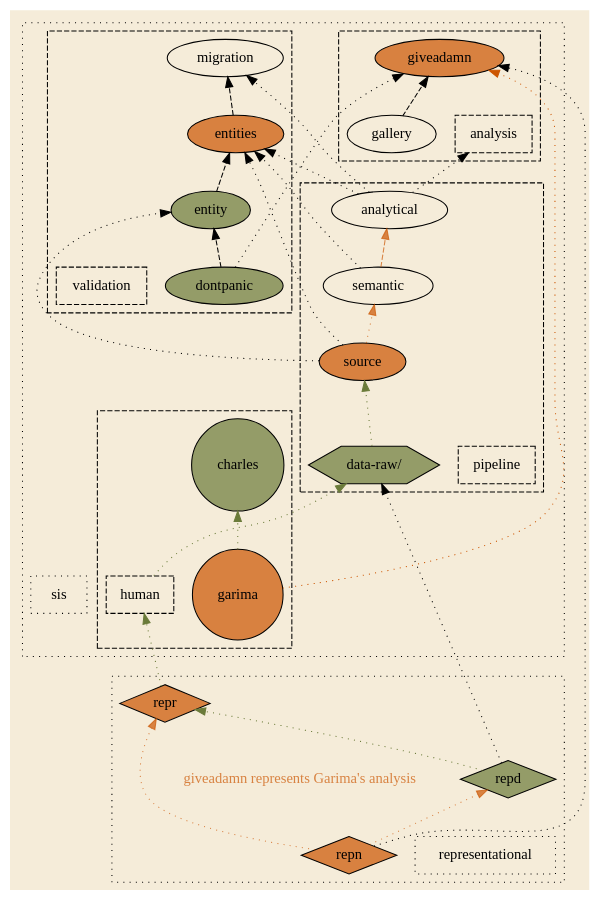
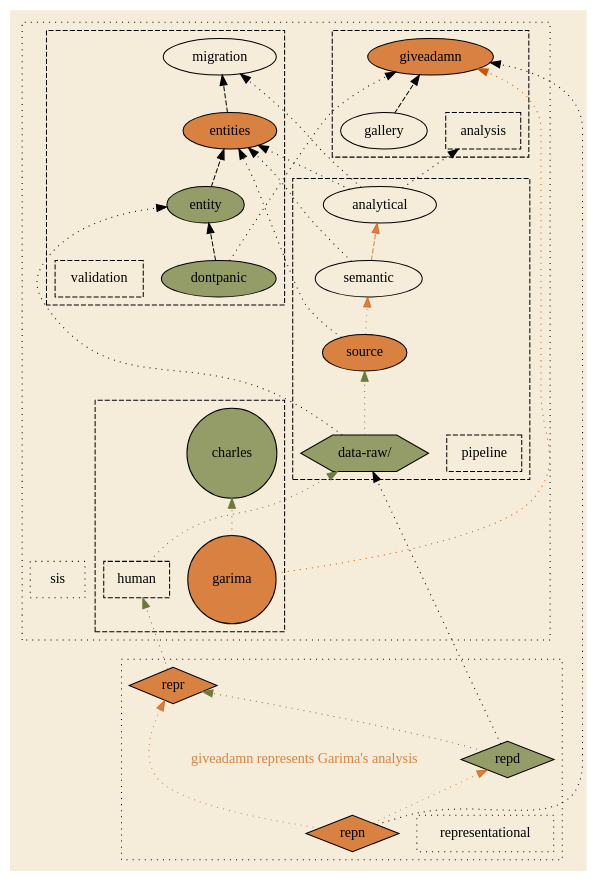
Before and after one commit to guptagarima1988/gg: the diagram in dot/file-structure.dot, drawn with Graphviz. The commit also changed 10 other files, not shown here.

```diff
--- a/dot/file-structure.dot
+++ b/dot/file-structure.dot
@@ -1,102 +1,102 @@
 digraph G {
     bgcolor="#F5ECD9"
     rankdir=BT
     edge [style=dotted]
     size="6,12"
 
     subgraph cluster_representational {
         rankdir=TB
         style=dotted
         node [shape=diamond, fillcolor="#CC5500B3", style=filled]
         edge [style=dotted, color="#CC5500B3"]
 
         repl [label="representational", shape=box, style=dotted]
 
         repd [fillcolor="#6B7B3AB3"]
 
         repn -> repd 
         repd -> repr [color="#6B7B3A"]
         repn -> repr [
             label="giveadamn represents Garima's analysis",
             color="#CC5500B3", fontcolor="#CC5500B3"]
     }
 
 
 subgraph cluster_sis {
     style="dotted"
     
     sis [shape=box, style=dotted,
         label="sis"]
 
 
 
 
     subgraph cluster_analysis {
         style = dashed
 
         analysis [shape=box, style=dashed]
 
         giveadamn [fillcolor="#CC5500B3", style=filled]
 
         gallery -> giveadamn [style=dashed]
     }
 
     subgraph cluster_validation {
         style = dashed
 
         dontpanic [fillcolor="#6B7B3AB3", style=filled]
         entity [fillcolor="#6B7B3AB3", style=filled]
         entities [fillcolor="#CC5500B3", style=filled]
 
         validation [shape=box, style=dashed]
 
         dontpanic->entity->entities->migration [style=dashed]
     }
 
     subgraph cluster_pipeline { 
         style = dashed
         edge [color="#CC5500B3"]
 
 
         source [label="source", fillcolor="#CC5500B3", style=filled]
         pipeline [shape=box, style=dashed]
         raw  [label="data-raw/",shape=hexagon, fillcolor="#6B7B3AB3", style=filled]
 
         raw->source [color="#6B7B3A"]
         source->semantic
         semantic->analytical [style=dashed]
 
     }
 
     subgraph cluster_humans {
         node[shape=circle]
         style="dashed"
 
         human [style=dashed, shape=box]
 
         charles [fillcolor="#6B7B3AB3", style=filled]
         garima [fillcolor="#CC5500B3", style=filled]
 
         garima
         charles
 
         garima -> charles [color="#6B7B3A"]
     }
 }
 
     analytical -> analysis [style=dotted]
 
     human -> raw [color="#6B7B3A"]
     garima -> giveadamn [color="#CC5500"]
-    source -> entity
+    raw -> entity
     source -> entities
     semantic -> entities
     analytical -> entities
     analytical -> migration
 
     repr -> human [color="#6B7B3A"]
     repn -> giveadamn
     repd -> raw
     dontpanic -> giveadamn
 
 }
```
